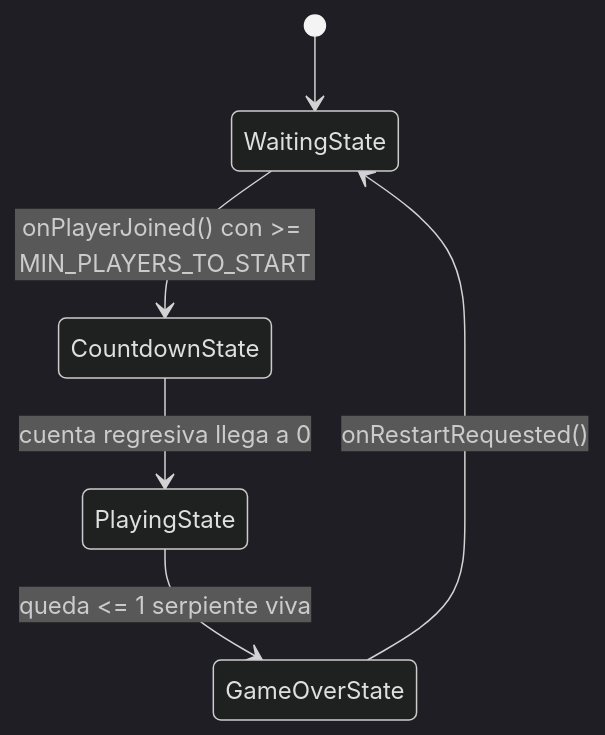
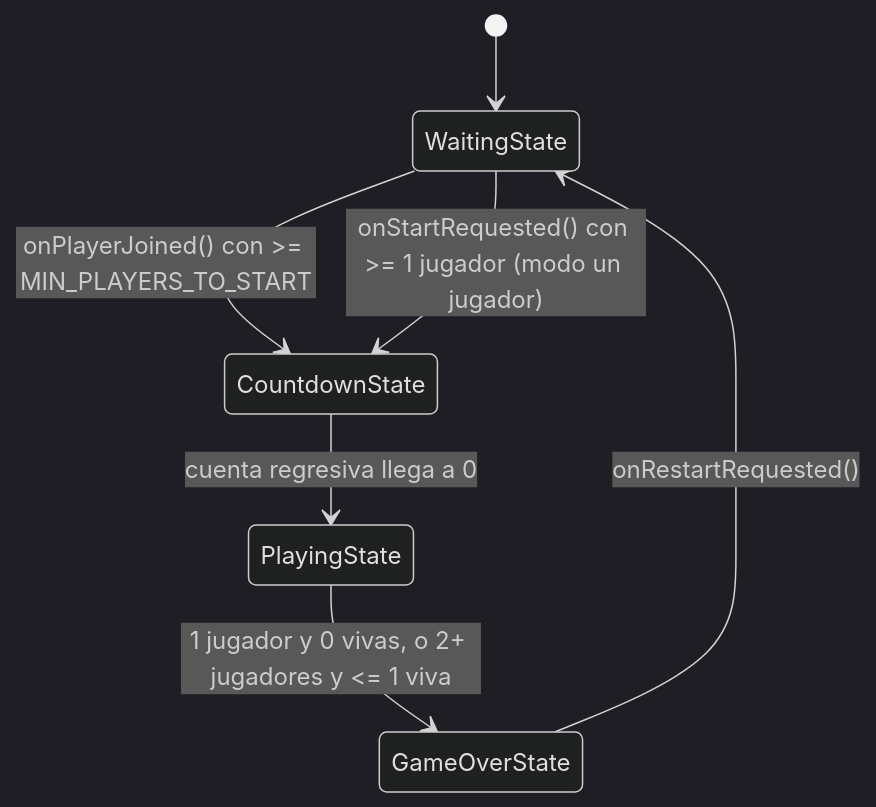
The first of 2 diagrams in snake-despues/docs/patrones/state-roomstate.md (Duvanmarriaga/snakes_especializacion), drawn with Mermaid (dark theme) before and after one commit. The commit also changed other lines of this file and 28 other files, not shown here.

````diff
--- a/snake-despues/docs/patrones/state-roomstate.md
+++ b/snake-despues/docs/patrones/state-roomstate.md
@@ -9,8 +9,9 @@
 ```mermaid
 stateDiagram-v2
     [*] --> WaitingState
     WaitingState --> CountdownState : onPlayerJoined() con >= MIN_PLAYERS_TO_START
+    WaitingState --> CountdownState : onStartRequested() con >= 1 jugador (modo un jugador)
     CountdownState --> PlayingState : cuenta regresiva llega a 0
-    PlayingState --> GameOverState : queda <= 1 serpiente viva
+    PlayingState --> GameOverState : 1 jugador y 0 vivas, o 2+ jugadores y <= 1 viva
     GameOverState --> WaitingState : onRestartRequested()
 ```
````
